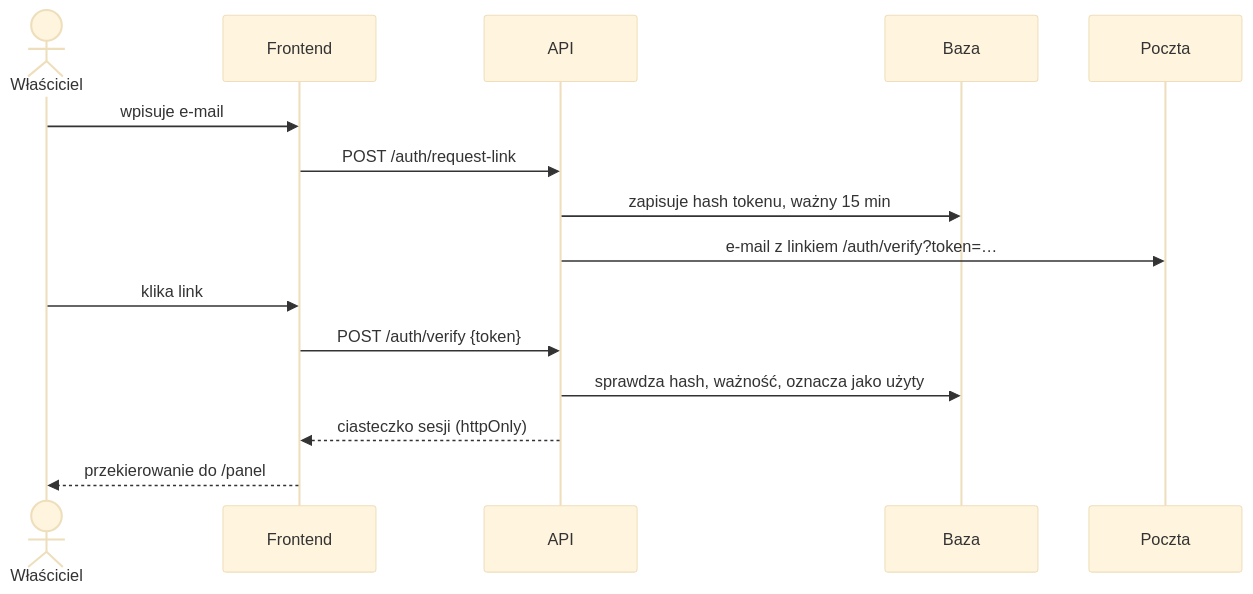
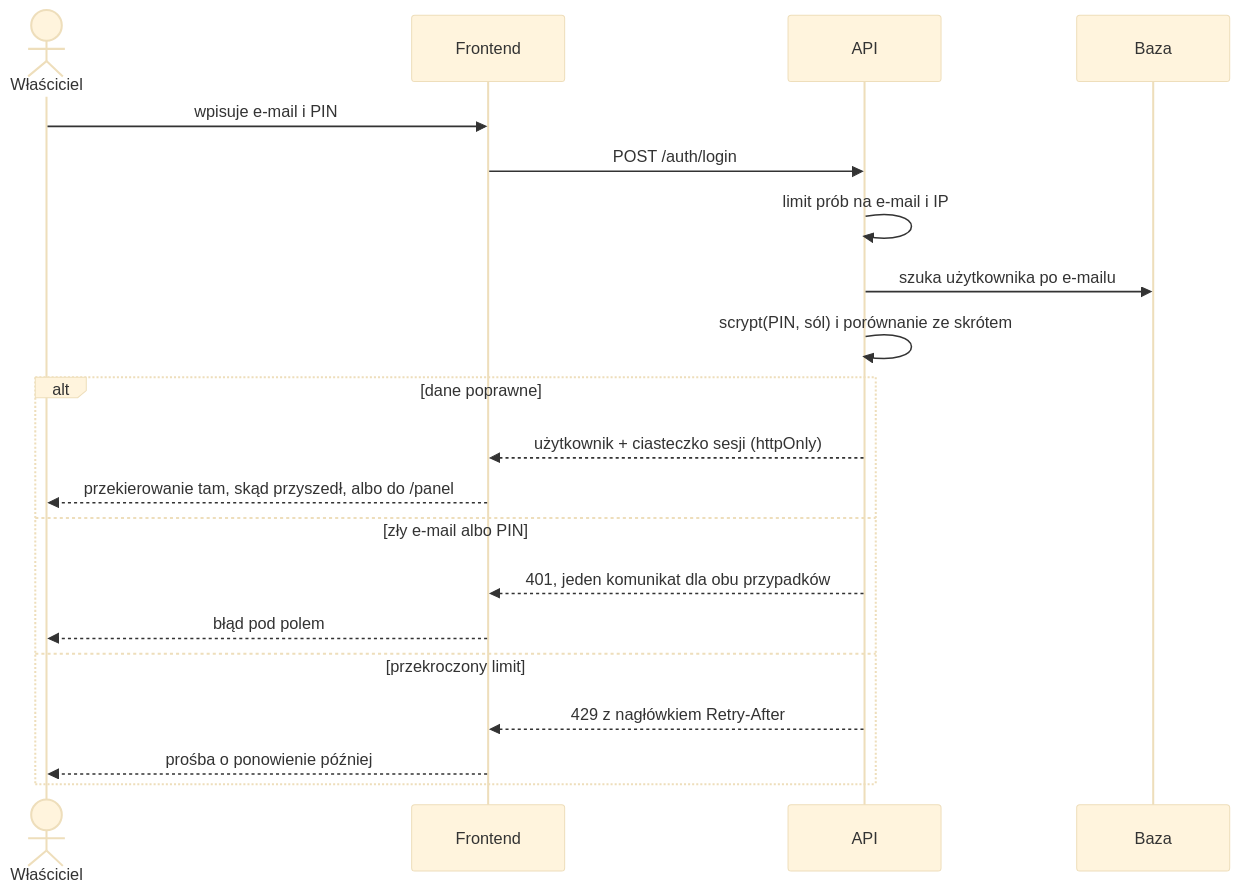
One commit to FullC0ntrol/petracer changed the third of 5 diagrams in plan/04-architektura.md. Above: the diagram before and after it, drawn with Mermaid (base theme). The commit also changed other lines of this file and 97 other files, not shown here.

````diff
--- a/plan/04-architektura.md
+++ b/plan/04-architektura.md
@@ -185,18 +172,23 @@
 ```mermaid
 sequenceDiagram
   actor W as Właściciel
   participant F as Frontend
   participant A as API
   participant D as Baza
-  participant M as Poczta
 
-  W->>F: wpisuje e-mail
-  F->>A: POST /auth/request-link
-  A->>D: zapisuje hash tokenu, ważny 15 min
-  A->>M: e-mail z linkiem /auth/verify?token=…
-  W->>F: klika link
-  F->>A: POST /auth/verify {token}
-  A->>D: sprawdza hash, ważność, oznacza jako użyty
-  A-->>F: ciasteczko sesji (httpOnly)
-  F-->>W: przekierowanie do /panel
+  W->>F: wpisuje e-mail i PIN
+  F->>A: POST /auth/login
+  A->>A: limit prób na e-mail i IP
+  A->>D: szuka użytkownika po e-mailu
+  A->>A: scrypt(PIN, sól) i porównanie ze skrótem
+  alt dane poprawne
+    A-->>F: użytkownik + ciasteczko sesji (httpOnly)
+    F-->>W: przekierowanie tam, skąd przyszedł, albo do /panel
+  else zły e-mail albo PIN
+    A-->>F: 401, jeden komunikat dla obu przypadków
+    F-->>W: błąd pod polem
+  else przekroczony limit
+    A-->>F: 429 z nagłówkiem Retry-After
+    F-->>W: prośba o ponowienie później
+  end
 ```
````
